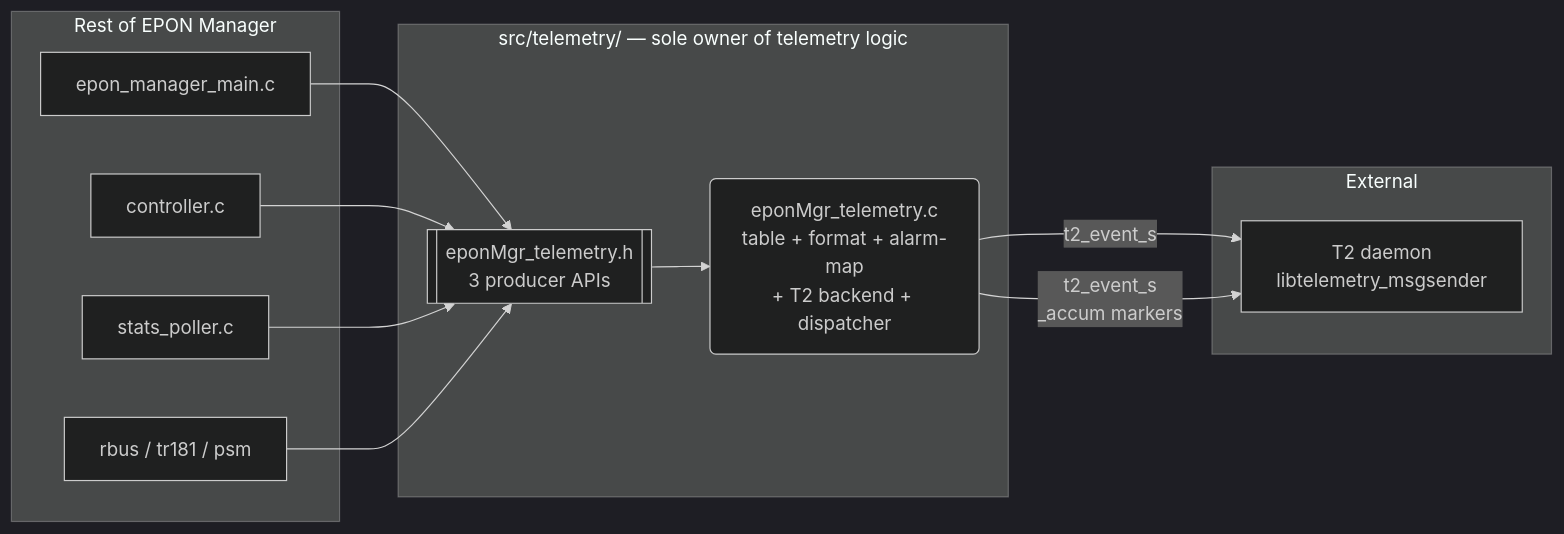
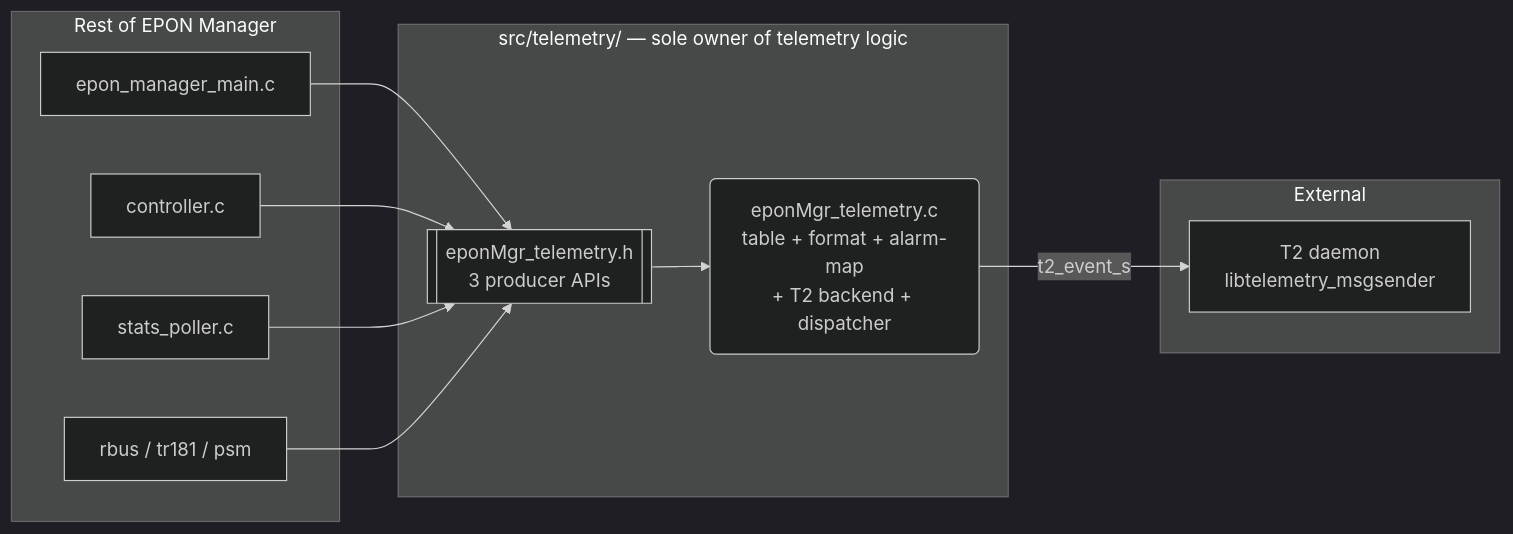
One commit to rdkcentral/epon-manager changed the first of 6 diagrams in design_docs/07_Telemetry_Design.md. Above: the diagram before and after it, drawn with Mermaid (dark theme). The commit also changed other lines of this file and 4 other files, not shown here.

Commit message:
docs: update error event handling to remove _accum suffix and simplify T2 event dispatching

````diff
--- a/design_docs/07_Telemetry_Design.md
+++ b/design_docs/07_Telemetry_Design.md
@@ -99,27 +98,26 @@
 ```mermaid
 flowchart LR
     subgraph caller [Rest of EPON Manager]
         MAIN[epon_manager_main.c]
         CTRL[controller.c]
         SP[stats_poller.c]
         RB[rbus / tr181 / psm]
     end
 
     subgraph telem [src/telemetry/  — sole owner of telemetry logic]
         API[[eponMgr_telemetry.h\n3 producer APIs]]
         TELEM(eponMgr_telemetry.c\ntable + format + alarm-map\n+ T2 backend + dispatcher)
     end
 
     subgraph ext [External]
         T2[T2 daemon\nlibtelemetry_msgsender]
     end
 
     MAIN --> API
     CTRL --> API
     SP   --> API
     RB   --> API
 
     API --> TELEM
     TELEM -->|t2_event_s| T2
-    TELEM -->|t2_event_s\n_accum markers| T2
 ```
````
